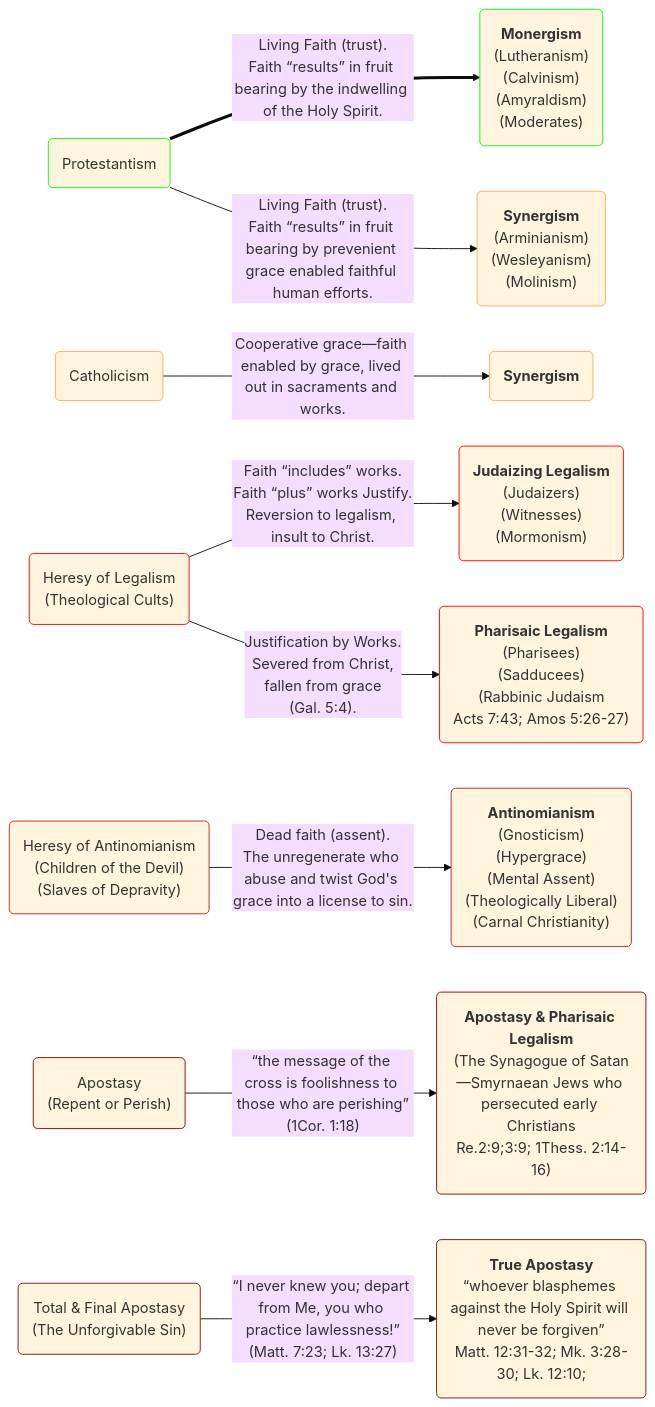
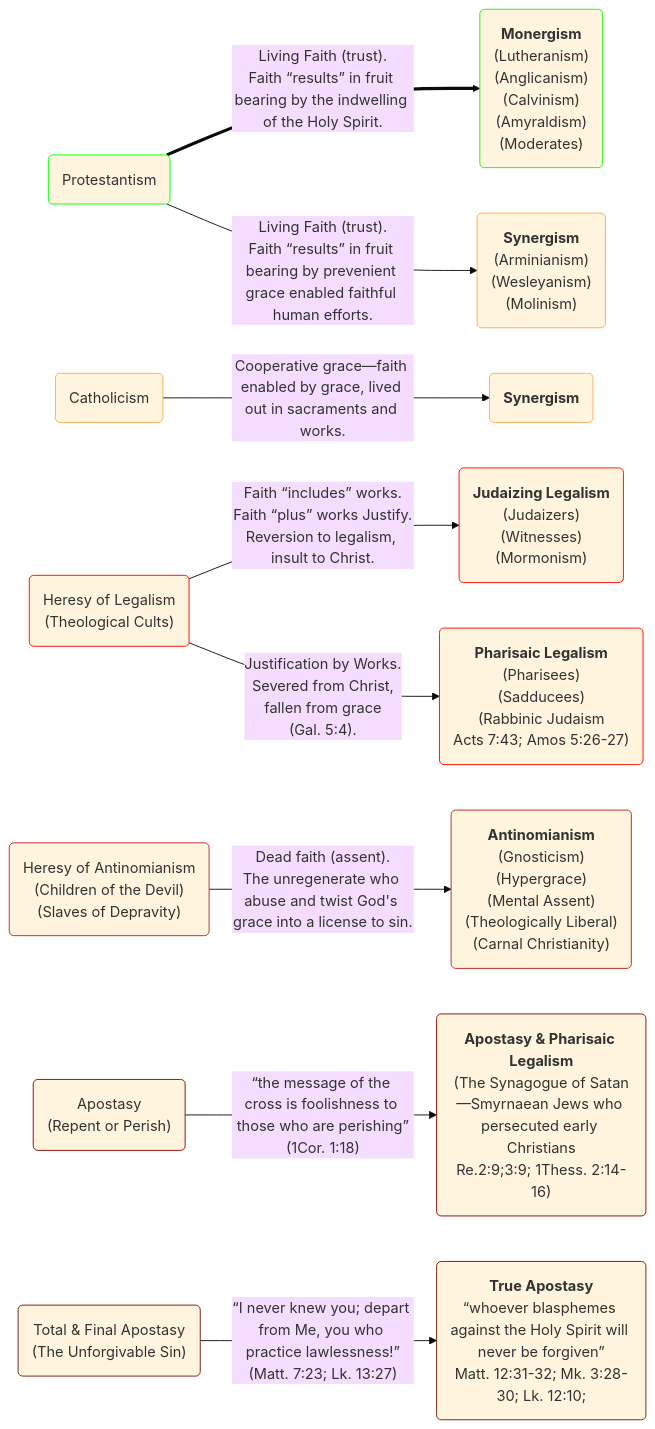
One commit to OrdoLuminis/ordoluminis.github.io changed the first of 2 diagrams in _posts/2025-08-03-historic-protestant-position.markdown. Above: the diagram before and after it, drawn with Mermaid (base theme). The commit also changed other lines of this file, not shown here.

Commit message:
Anglicanism

````diff
--- a/_posts/2025-08-03-historic-protestant-position.markdown
+++ b/_posts/2025-08-03-historic-protestant-position.markdown
@@ -55,24 +55,24 @@
 ```mermaid
 flowchart LR
     A(Protestantism):::green
     B(Catholicism):::orange
     C(Heresy of Legalism<br>&lpar;Theological Cults&rpar;):::red
     D(Heresy of Antinomianism<br>&lpar;Children of the Devil&rpar;<br>&lpar;Slaves of Depravity&rpar;):::firebrick
     E(Apostasy<br>&lpar;Repent or Perish&rpar;):::darkred
     F(Total & Final Apostasy<br>&lpar;The Unforgivable Sin&rpar;):::darkerred
-    A ==>|Living Faith &lpar;trust&rpar;.<br>Faith &ldquo;results&rdquo; in fruit bearing by the indwelling of the Holy Spirit.| G(<strong>Monergism</strong><br>&lpar;Lutheranism&rpar;<br>&lpar;Calvinism&rpar;<br>&lpar;Amyraldism&rpar;<br>&lpar;Moderates&rpar;):::green
+    A ==>|Living Faith &lpar;trust&rpar;.<br>Faith &ldquo;results&rdquo; in fruit bearing by the indwelling of the Holy Spirit.| G(<strong>Monergism</strong><br>&lpar;Lutheranism&rpar;<br>&lpar;Anglicanism&rpar;<br>&lpar;Calvinism&rpar;<br>&lpar;Amyraldism&rpar;<br>&lpar;Moderates&rpar;):::green
     A -->|Living Faith &lpar;trust&rpar;.<br>Faith &ldquo;results&rdquo; in fruit bearing by prevenient grace enabled faithful human efforts.| H(<strong>Synergism</strong><br>&lpar;Arminianism&rpar;<br>&lpar;Wesleyanism&rpar;<br>&lpar;Molinism&rpar;):::orange
     B -->|Cooperative grace&mdash;faith enabled by grace, lived out in sacraments and works.| I(<strong>Synergism</strong>):::orange
     C -->|Faith &ldquo;includes&rdquo; works.<br>Faith &ldquo;plus&rdquo; works Justify.<br>Reversion to legalism, insult to Christ.| J(<strong>Judaizing Legalism</strong><br>&lpar;Judaizers&rpar;<br>&lpar;Witnesses&rpar;<br>&lpar;Mormonism&rpar;):::red
     C -->|Justification by Works.<br>Severed from Christ,<br>fallen from grace<br>&lpar;Gal. 5:4&rpar;.| K(<strong>Pharisaic Legalism</strong><br>&lpar;Pharisees&rpar;<br>&lpar;Sadducees&rpar;<br>&lpar;Rabbinic Judaism<br>Acts 7:43; Amos 5:26-27&rpar;):::red
     D -->|Dead faith &lpar;assent&rpar;.<br>The unregenerate who abuse and twist God's grace into a license to sin.| L(<strong>Antinomianism</strong><br>&lpar;Gnosticism&rpar;<br>&lpar;Hypergrace&rpar;<br>&lpar;Mental Assent&rpar;<br>&lpar;Theologically Liberal&rpar;<br>&lpar;Carnal Christianity&rpar;):::firebrick
     E -->|&ldquo;the message of the cross is foolishness to those who are perishing&rdquo;<br>&lpar;1Cor. 1:18&rpar;| M(<strong>Apostasy & Pharisaic Legalism</strong><br>&lpar;The Synagogue of Satan—Smyrnaean Jews who persecuted early Christians<br>Re.2:9;3:9; 1Thess. 2:14-16&rpar;):::darkred
     F -->|&ldquo;I never knew you; depart from Me, you who practice lawlessness!&rdquo;<br>&lpar;Matt. 7:23; Lk. 13:27&rpar;| N(<strong>True Apostasy</strong><br>&ldquo;whoever blasphemes against the Holy Spirit will never be forgiven&rdquo;<br>Matt. 12:31-32; Mk. 3:28-30; Lk. 12:10;):::darkerred
     classDef red stroke:#f00
     classDef green stroke:#0f0
     classDef lightgreen stroke:#Bf0
     classDef orange stroke:#fa5
     classDef firebrick stroke:#b22
     classDef darkred stroke:#8B0000
     classDef darkerred stroke:#701705
 ```
````
